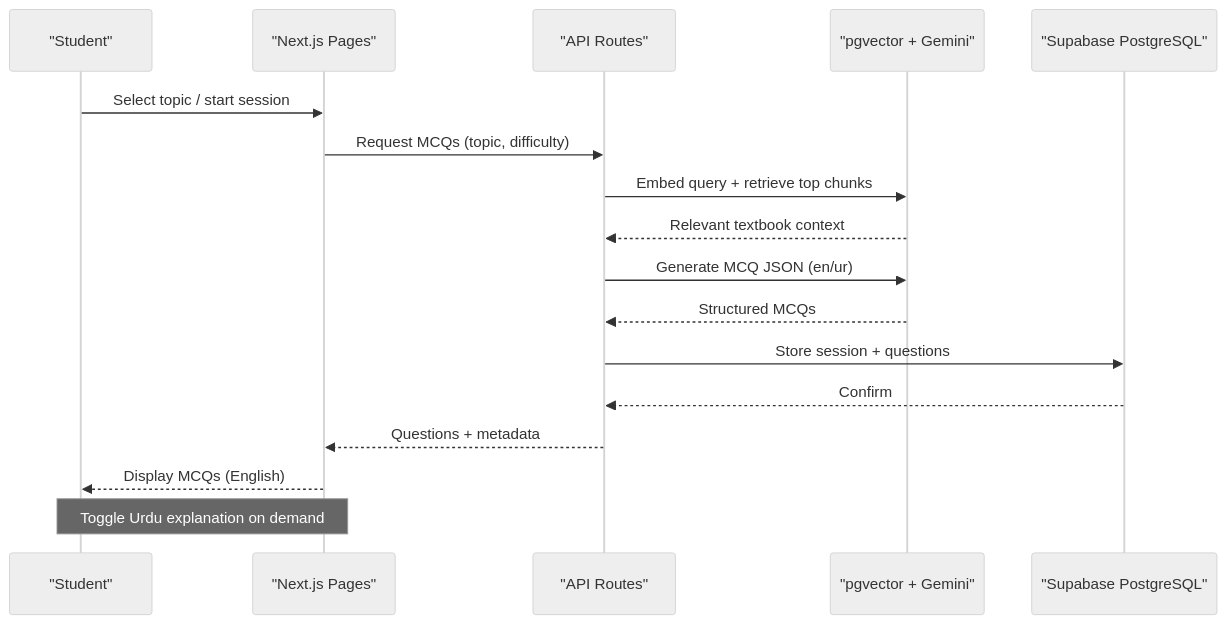
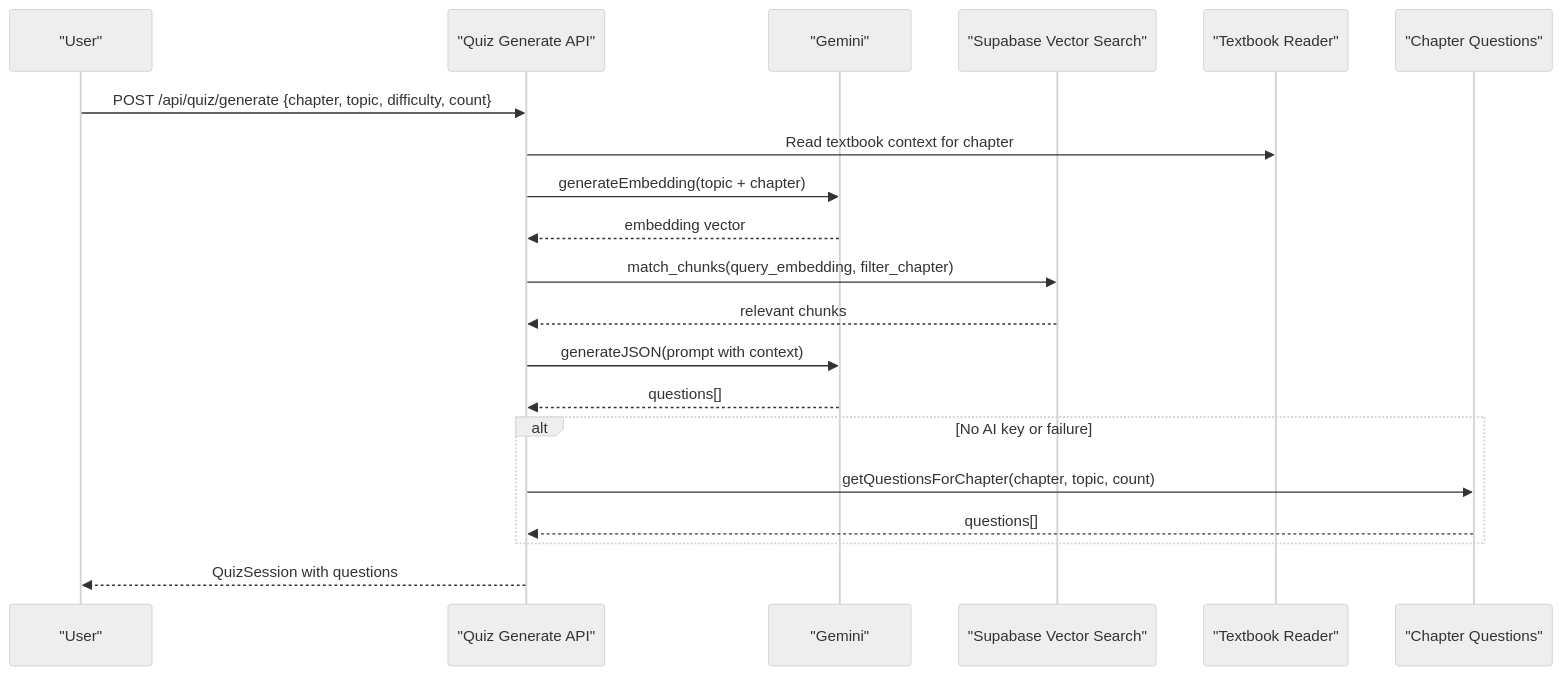
One commit to Daniiyal-creates/MedAce-AI changed the second of 7 diagrams in .qoder/repowiki/en/content/Core Features/Core Features.md. Above: the diagram before and after it, drawn with Mermaid (neutral theme). The commit also changed other lines of this file and 159 other files, not shown here.

````diff
--- a/.qoder/repowiki/en/content/Core Features/Core Features.md
+++ b/.qoder/repowiki/en/content/Core Features/Core Features.md
@@ -92,19 +89,22 @@
 ```mermaid
 sequenceDiagram
-participant Student as "Student"
-participant Frontend as "Next.js Pages"
-participant API as "API Routes"
-participant RAG as "pgvector + Gemini"
-participant DB as "Supabase PostgreSQL"
-Student->>Frontend : Select topic / start session
-Frontend->>API : Request MCQs (topic, difficulty)
-API->>RAG : Embed query + retrieve top chunks
-RAG-->>API : Relevant textbook context
-API->>RAG : Generate MCQ JSON (en/ur)
-RAG-->>API : Structured MCQs
-API->>DB : Store session + questions
-DB-->>API : Confirm
-API-->>Frontend : Questions + metadata
-Frontend-->>Student : Display MCQs (English)
-Note over Student,Frontend : Toggle Urdu explanation on demand
+participant U as "User"
+participant G as "Quiz Generate API"
+participant E as "Gemini"
+participant V as "Supabase Vector Search"
+participant T as "Textbook Reader"
+participant Q as "Chapter Questions"
+U->>G : POST /api/quiz/generate {chapter, topic, difficulty, count}
+G->>T : Read textbook context for chapter
+G->>E : generateEmbedding(topic + chapter)
+E-->>G : embedding vector
+G->>V : match_chunks(query_embedding, filter_chapter)
+V-->>G : relevant chunks
+G->>E : generateJSON(prompt with context)
+E-->>G : questions[]
+alt No AI key or failure
+G->>Q : getQuestionsForChapter(chapter, topic, count)
+Q-->>G : questions[]
+end
+G-->>U : QuizSession with questions
 ```
````
